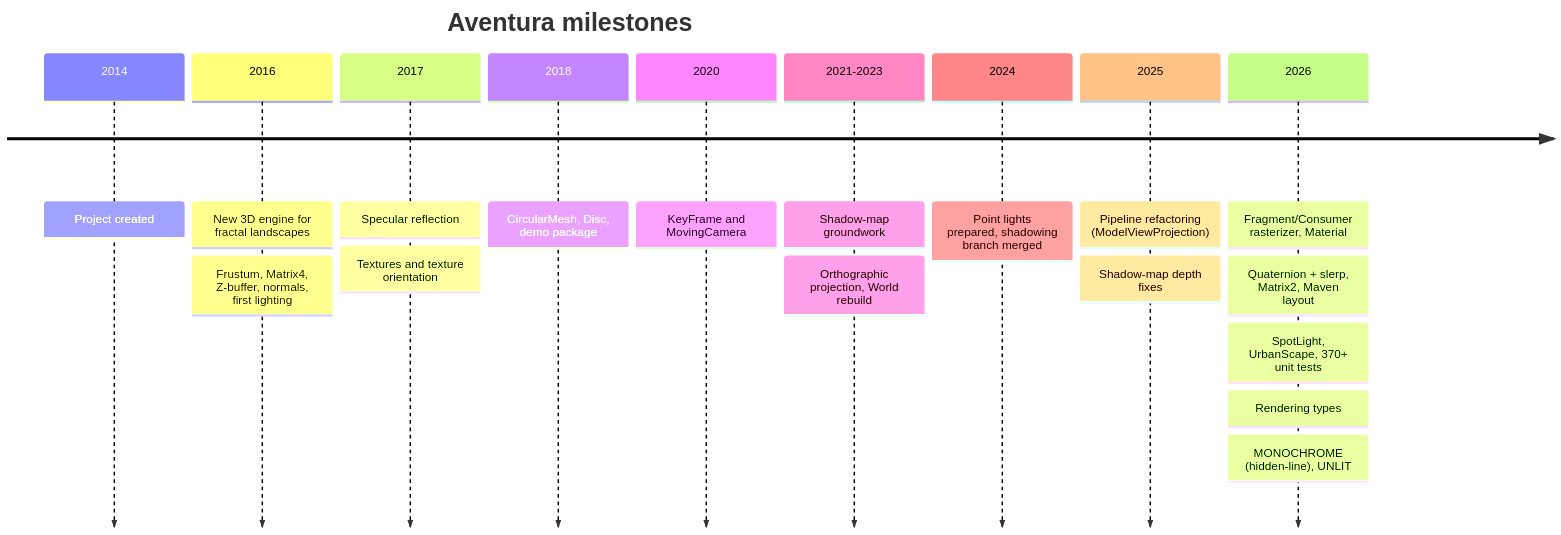
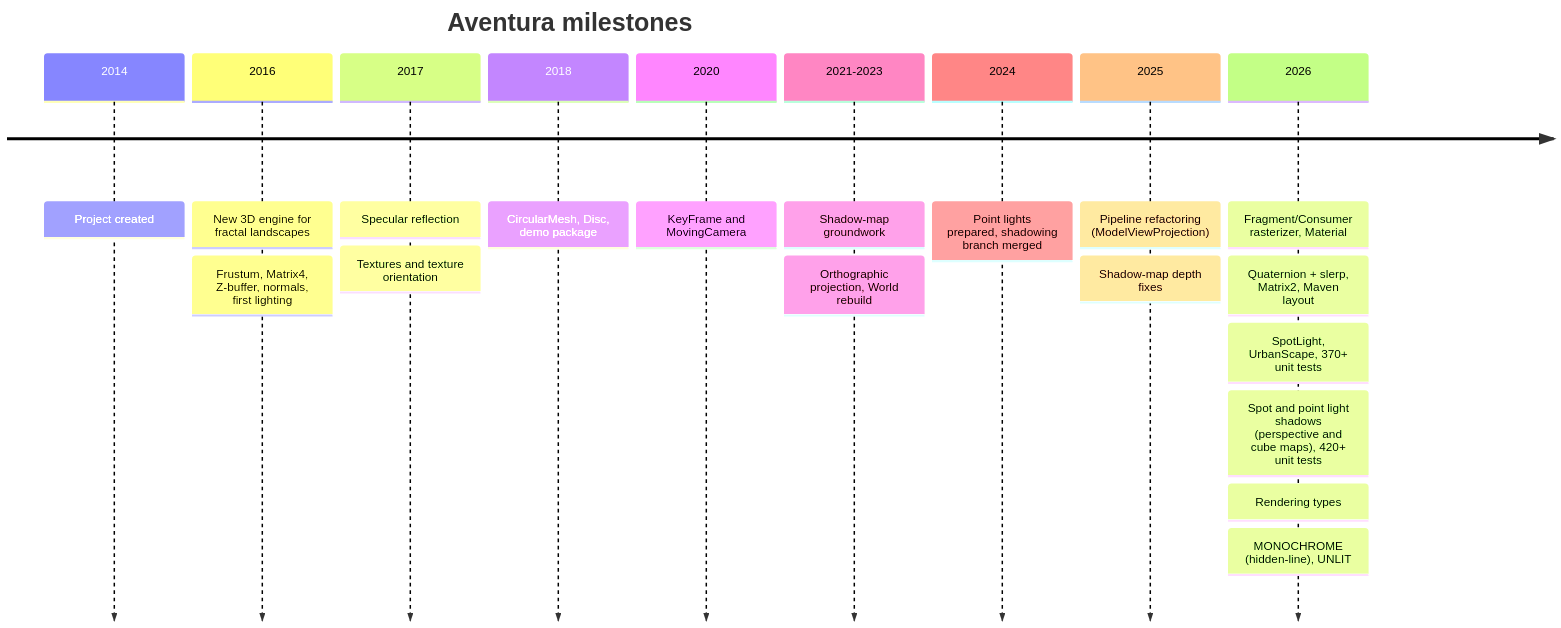
Before and after one commit to obarry/Aventura: diagram 18 of 20 in docs/DESIGN.md, drawn with Mermaid. The commit also changed other lines of this file and 6 other files, not shown here.

First line of the commit message:
Update docs and images for spot and point light shadows

````diff
--- a/docs/DESIGN.md
+++ b/docs/DESIGN.md
@@ -676,20 +723,21 @@
 ```mermaid
 timeline
     title Aventura milestones
     2014 : Project created
     2016 : New 3D engine for fractal landscapes
          : Frustum, Matrix4, Z-buffer, normals, first lighting
     2017 : Specular reflection
          : Textures and texture orientation
     2018 : CircularMesh, Disc, demo package
     2020 : KeyFrame and MovingCamera
     2021-2023 : Shadow-map groundwork
               : Orthographic projection, World rebuild
     2024 : Point lights prepared, shadowing branch merged
     2025 : Pipeline refactoring (ModelViewProjection)
          : Shadow-map depth fixes
     2026 : Fragment/Consumer rasterizer, Material
          : Quaternion + slerp, Matrix2, Maven layout
          : SpotLight, UrbanScape, 370+ unit tests
+         : Spot and point light shadows (perspective and cube maps), 420+ unit tests
          : Rendering types: MONOCHROME (hidden-line), UNLIT
 ```
````
